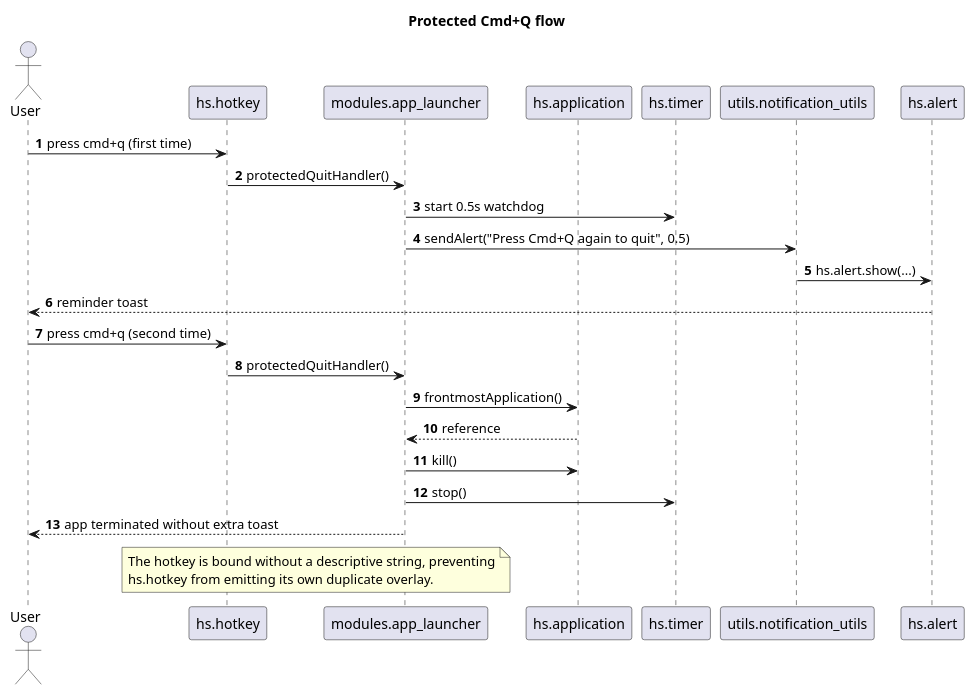
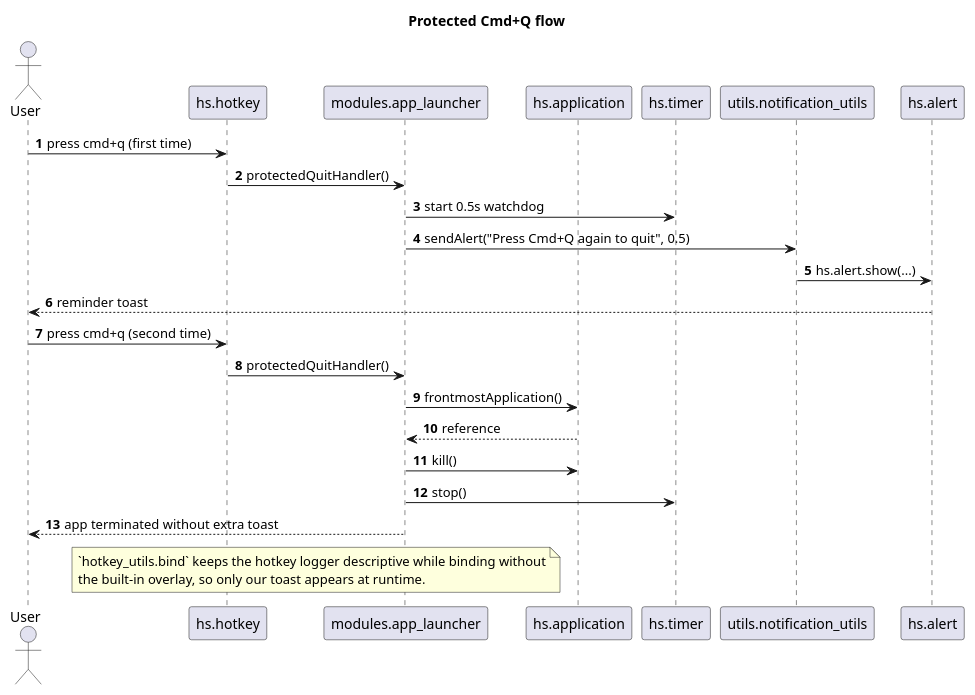
The diagram in docs/app_launcher_sequence.puml (CsHeng/dot-hammerspoon), drawn with PlantUML before and after one commit. The commit also changed 20 other files, not shown here.

```diff
--- a/docs/app_launcher_sequence.puml
+++ b/docs/app_launcher_sequence.puml
@@ -1,34 +1,34 @@
 @startuml AppLauncherSequence
 title Protected Cmd+Q flow
 
 actor User as user
 participant "hs.hotkey" as hotkey
 participant "modules.app_launcher" as launcher
 participant "hs.application" as app
 participant "hs.timer" as timer
 participant "utils.notification_utils" as notification
 participant "hs.alert" as alert
 
 autonumber
 
 user -> hotkey: press cmd+q (first time)
 hotkey -> launcher: protectedQuitHandler()
 launcher -> timer: start 0.5s watchdog
 launcher -> notification: sendAlert("Press Cmd+Q again to quit", 0.5)
 notification -> alert: hs.alert.show(...)
 alert --> user: reminder toast
 
 user -> hotkey: press cmd+q (second time)
 hotkey -> launcher: protectedQuitHandler()
 launcher -> app: frontmostApplication()
 app --> launcher: reference
 launcher -> app: kill()
 launcher -> timer: stop()
 launcher --> user: app terminated without extra toast
 
 note over hotkey, launcher
-The hotkey is bound without a descriptive string, preventing
-hs.hotkey from emitting its own duplicate overlay.
+`hotkey_utils.bind` keeps the hotkey logger descriptive while binding without
+the built-in overlay, so only our toast appears at runtime.
 end note
 
 @enduml
```
